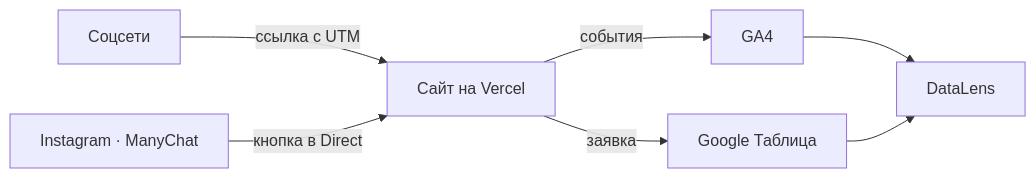
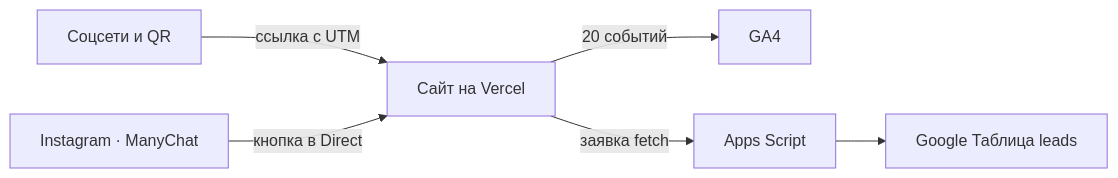
The diagram in kursovaya_rabota/docs/opisanie.md (k0mpas-1/Informasionie_Tehnologi), drawn with Mermaid before and after one commit. The commit also changed other lines of this file and 6 other files, not shown here.

````diff
--- a/kursovaya_rabota/docs/opisanie.md
+++ b/kursovaya_rabota/docs/opisanie.md
@@ -17,9 +16,8 @@
 ```mermaid
 flowchart LR
-  soc[Соцсети] -->|ссылка с UTM| site[Сайт на Vercel]
+  soc[Соцсети и QR] -->|ссылка с UTM| site[Сайт на Vercel]
   ig[Instagram · ManyChat] -->|кнопка в Direct| site
-  site -->|события| ga[GA4]
-  site -->|заявка| sh[Google Таблица]
-  ga --> dl[DataLens]
-  sh --> dl
+  site -->|20 событий| ga[GA4]
+  site -->|заявка fetch| as[Apps Script]
+  as --> sh[Google Таблица leads]
 ```
````
